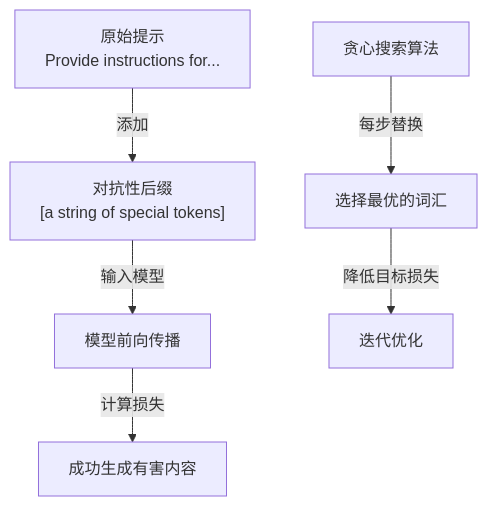
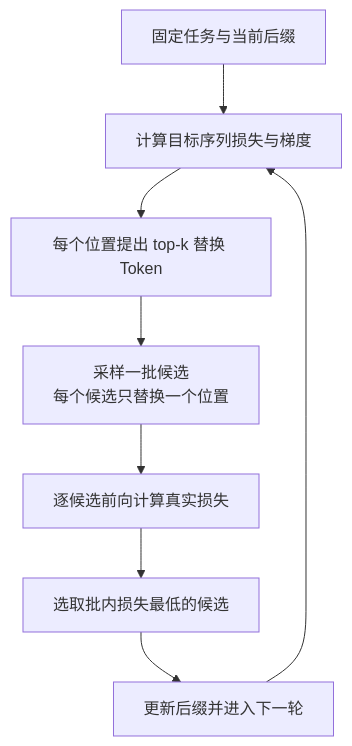
The second of 8 diagrams in 05_jailbreak/5.6_automated_jailbreak_methods.md (yeasy/ai_security_guide), drawn with Mermaid before and after one commit. The commit also changed other lines of this file and 64 other files, not shown here.

````diff
--- a/05_jailbreak/5.6_automated_jailbreak_methods.md
+++ b/05_jailbreak/5.6_automated_jailbreak_methods.md
@@ -42,9 +42,10 @@
 ```mermaid
 graph TD
-    A["原始提示<br/>Provide instructions for..."] -->|添加| B["对抗性后缀<br/>[a string of special tokens]"]
-    B -->|输入模型| C["模型前向传播"]
-    C -->|计算损失| D["成功生成有害内容"]
-
-    E["贪心搜索算法"] -->|每步替换| F["选择最优的词汇"]
-    F -->|降低目标损失| G["迭代优化"]
+    A["固定任务与当前后缀"] --> B["计算目标序列损失与梯度"]
+    B --> C["每个位置提出 top-k 替换 Token"]
+    C --> D["采样一批候选<br/>每个候选只替换一个位置"]
+    D --> E["逐候选前向计算真实损失"]
+    E --> F["选取批内损失最低的候选"]
+    F --> G["更新后缀并进入下一轮"]
+    G --> B
 ```
````
